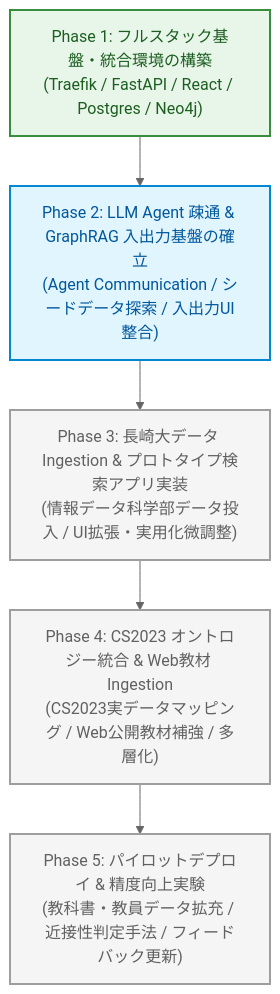
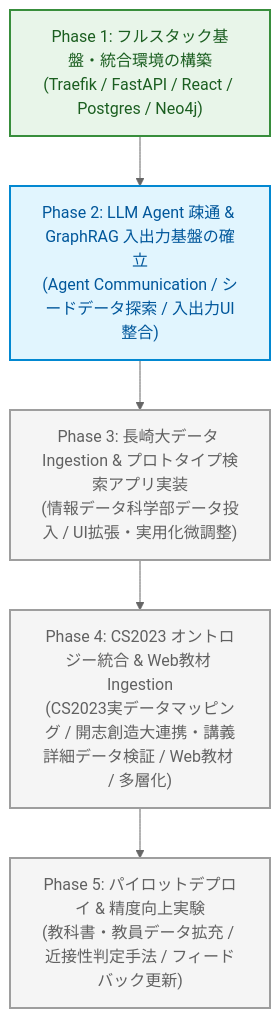
The diagram in docs/roadmap.md (cyanosome/course-navigator), drawn with Mermaid (neutral theme) before and after one commit. The commit also changed other lines of this file and 1 other file, not shown here.

First line of the commit message:
docs: Phase 4に開志創造大学との実験計画を追加しロードマップを更新

````diff
--- a/docs/roadmap.md
+++ b/docs/roadmap.md
@@ -26,20 +26,20 @@
 ```mermaid
 flowchart TD
     P1["Phase 1: フルスタック基盤・統合環境の構築<br/>(Traefik / FastAPI / React / Postgres / Neo4j)"]
     P2["Phase 2: LLM Agent 疎通 & GraphRAG 入出力基盤の確立<br/>(Agent Communication / シードデータ探索 / 入出力UI整合)"]
     P3["Phase 3: 長崎大データ Ingestion & プロトタイプ検索アプリ実装<br/>(情報データ科学部データ投入 / UI拡張・実用化微調整)"]
-    P4["Phase 4: CS2023 オントロジー統合 & Web教材 Ingestion<br/>(CS2023実データマッピング / Web公開教材補強 / 多層化)"]
+    P4["Phase 4: CS2023 オントロジー統合 & Web教材 Ingestion<br/>(CS2023実データマッピング / 開志創造大連携・講義詳細データ検証 / Web教材 / 多層化)"]
     P5["Phase 5: パイロットデプロイ & 精度向上実験<br/>(教科書・教員データ拡充 / 近接性判定手法 / フィードバック更新)"]
 
     P1 --> P2
     P2 --> P3
     P3 --> P4
     P4 --> P5
 
     classDef done fill:#e8f5e9,stroke:#388e3c,stroke-width:2px,color:#1b5e20;
     classDef current fill:#e1f5fe,stroke:#0288d1,stroke-width:2px,color:#01579b;
     classDef future fill:#f5f5f5,stroke:#9e9e9e,stroke-width:2px,color:#616161;
     class P1 done;
     class P2 current;
     class P3,P4,P5 future;
 ```
````
